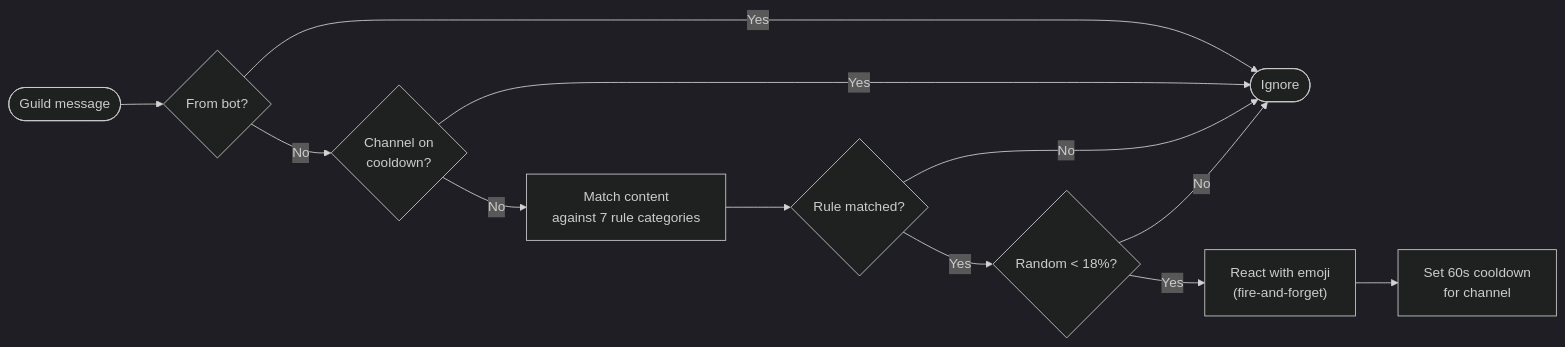
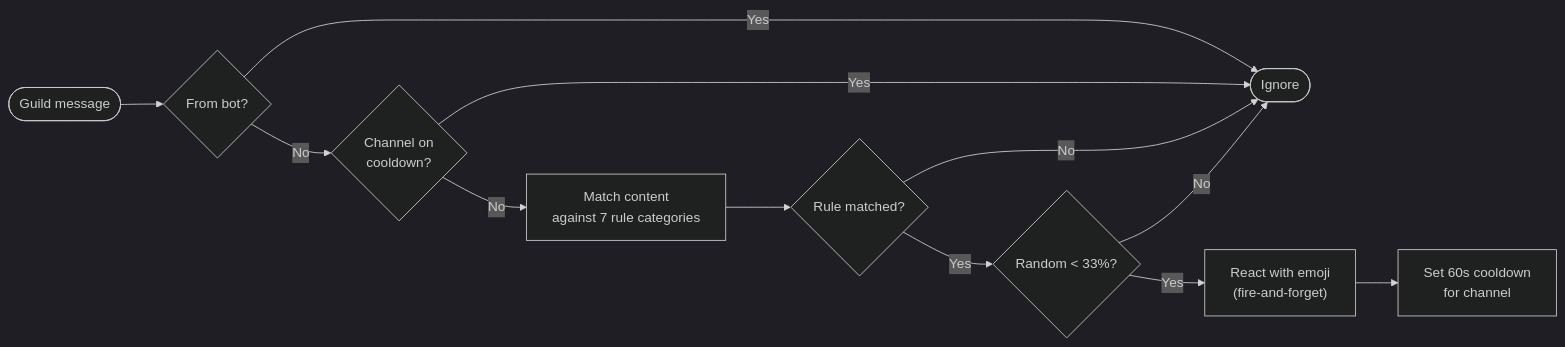
Before and after one commit to AlaskanTuna/rokabot: the eighth of 9 diagrams in README.md, drawn with Mermaid (dark theme). The commit also changed other lines of this file and 1 other file, not shown here.

````diff
--- a/README.md
+++ b/README.md
@@ -256,14 +256,14 @@
 ```mermaid
 flowchart LR
     Msg([Guild message]) --> Bot{From bot?}
     Bot -->|Yes| Skip([Ignore])
     Bot -->|No| Cooldown{Channel on\ncooldown?}
     Cooldown -->|Yes| Skip
     Cooldown -->|No| Match["Match content\nagainst 7 rule categories"]
     Match --> Hit{Rule matched?}
     Hit -->|No| Skip
-    Hit -->|Yes| Prob{"Random < 18%?"}
+    Hit -->|Yes| Prob{"Random < 33%?"}
     Prob -->|No| Skip
     Prob -->|Yes| React["React with emoji\n(fire-and-forget)"]
     React --> SetCD["Set 60s cooldown\nfor channel"]
 ```
````
